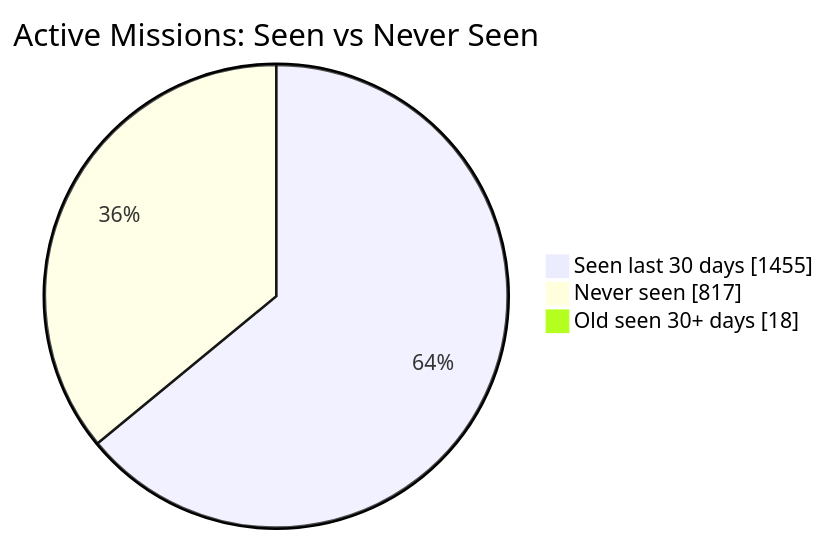
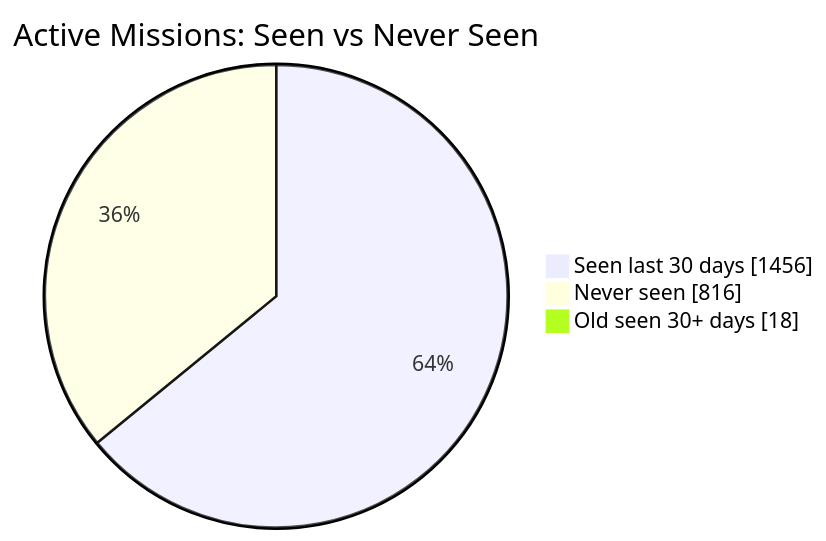
One commit to MeldkamerspelGameTeam/active-missions changed the first of 2 diagrams in README.md. Above: the diagram before and after it, drawn with Mermaid. The commit also changed other lines of this file and 3 other files, not shown here.

````diff
--- a/README.md
+++ b/README.md
@@ -34,7 +34,7 @@
 ```mermaid
 pie showData
     title Active Missions: Seen vs Never Seen
-    "Seen last 30 days" : 1455
-    "Never seen" : 817
+    "Seen last 30 days" : 1456
+    "Never seen" : 816
     "Old seen 30+ days" : 18
 ```
````
